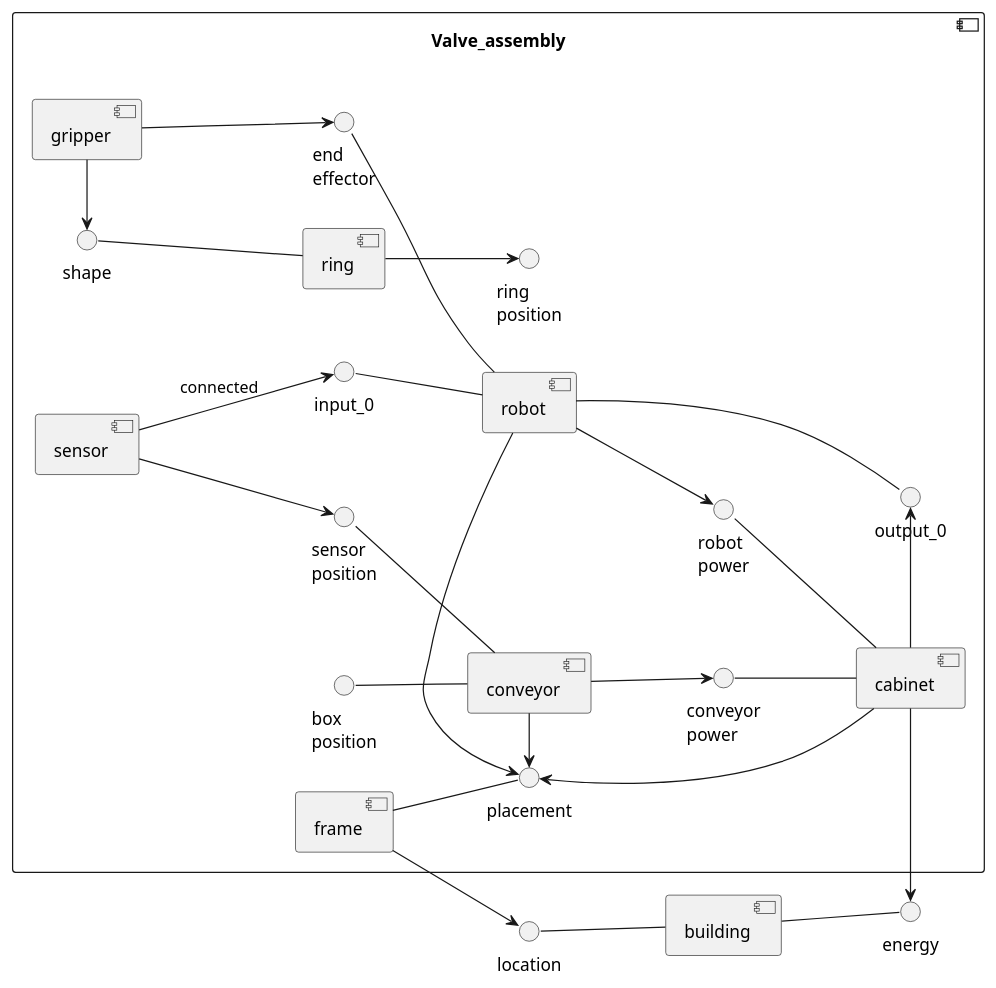
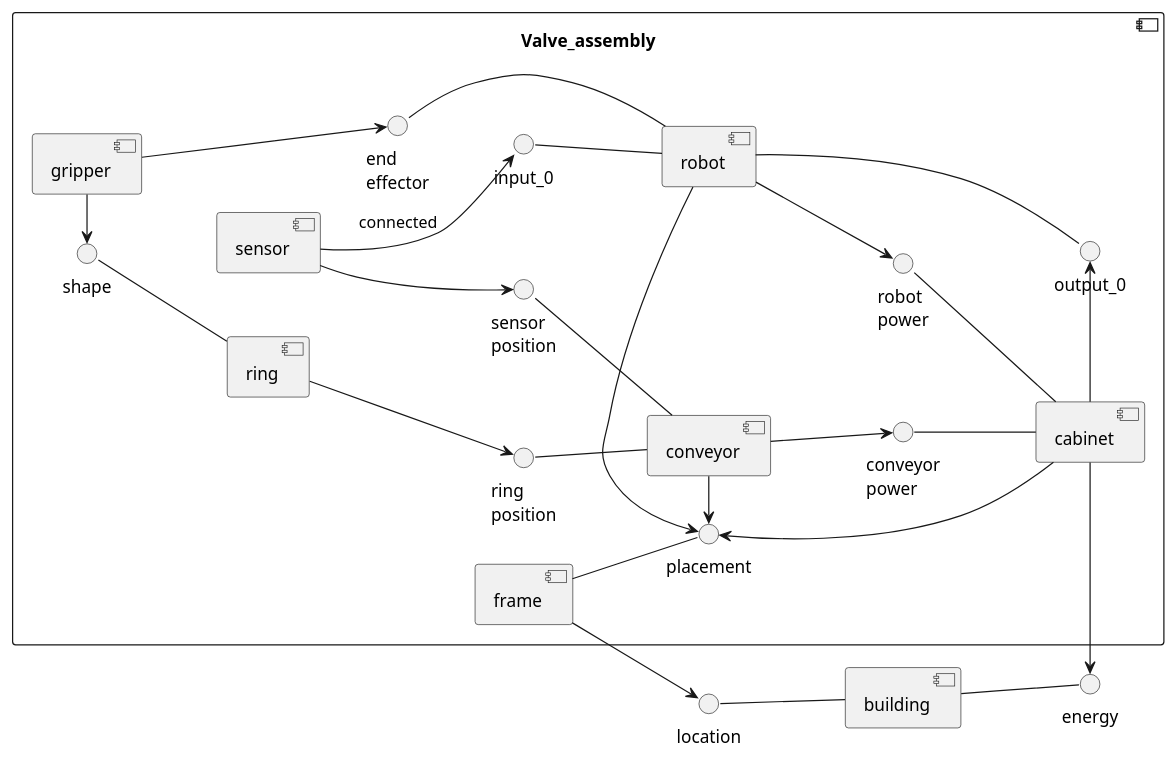
Before and after one commit to Timon14kraan/Project-Proces-and-Safety: the second of 2 diagrams in src/Introduction.md, drawn with PlantUML. The commit also changed 2 other files, not shown here.

````diff
--- a/src/Introduction.md
+++ b/src/Introduction.md
@@ -65,55 +65,55 @@
 ```plantuml
 @startuml Process_and_Safety
 skinparam backgroundColor transparent
 left to right direction
 'skinparam linetype ortho
 
 component Valve_assembly {
     
     [frame]
     () placement -u- frame
     [robot]
     () input_0 -- robot
     () output_0 -- robot
     () "end\neffector" -- robot
 
     [sensor]
     sensor --> input_0 : connected
     sensor --> "sensor\nposition"
     
     robot -> placement
 
     [cabinet]
     () "robot\npower" -- cabinet
     () "conveyor\npower" -- cabinet
    
     cabinet -u-> placement
     robot --> "robot\npower"
     cabinet -r-> output_0
     
     [conveyor]
     () "sensor\nposition" -- conveyor
-    () "box\nposition" -- conveyor
+    () "ring\nposition" -- conveyor
     conveyor -> placement
     conveyor --> "conveyor\npower"
 
     [ring]
     () shape -- ring
     
     [gripper]
     gripper -l-> shape
     
     ring --> "ring\nposition"
     gripper --> "end\neffector"
 }
 
 [building]
 
 () energy -l- building
 () location -d- building
 
 frame --> location
 cabinet -r-> energy
 
 @enduml
 ```
````
